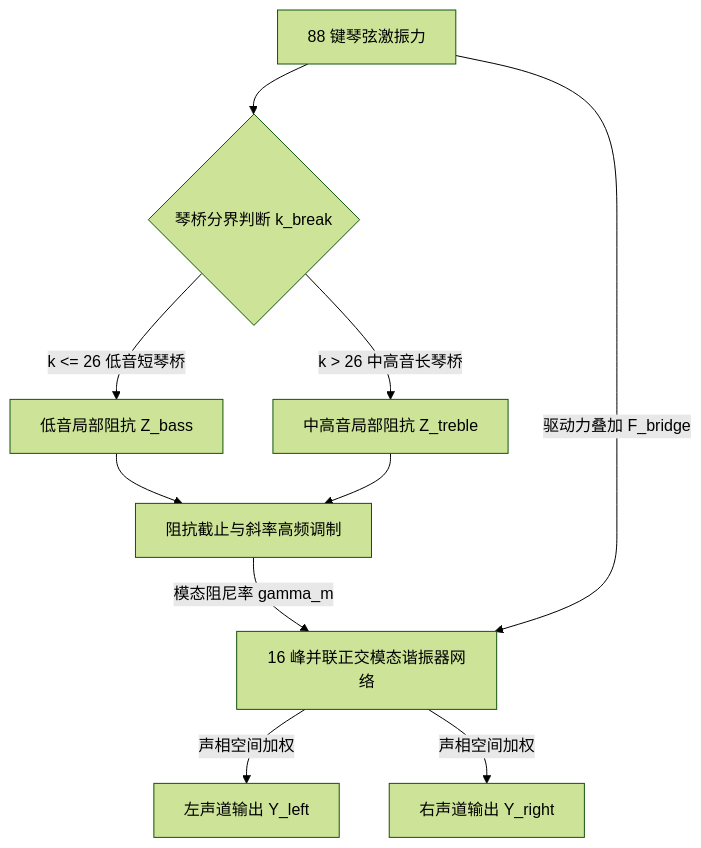
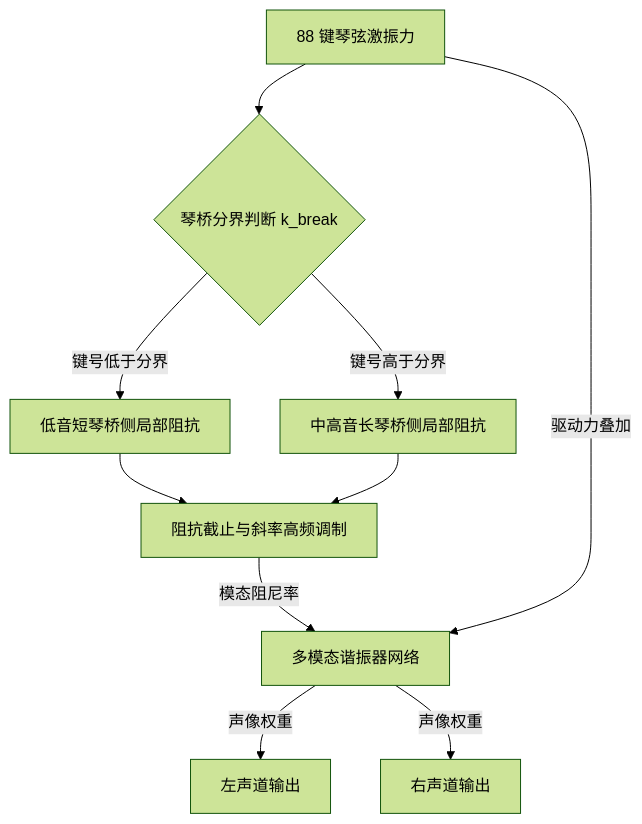
Before and after one commit to 0xnayuta/pianoteq9: the diagram in docs/phase2/phase2-3-soundboard-acoustic-spec.md, drawn with Mermaid (forest theme). The commit also changed other lines of this file and 28 other files, not shown here.

````diff
--- a/docs/phase2/phase2-3-soundboard-acoustic-spec.md
+++ b/docs/phase2/phase2-3-soundboard-acoustic-spec.md
@@ -19,15 +39,15 @@
 ```mermaid
 flowchart TD
     S[88 键琴弦激振力] --> B{琴桥分界判断 k_break}
-    B -->|k <= 26 低音短琴桥| Z1[低音局部阻抗 Z_bass]
-    B -->|k > 26 中高音长琴桥| Z2[中高音局部阻抗 Z_treble]
-    
+    B -->|键号低于分界| Z1[低音短琴桥侧局部阻抗]
+    B -->|键号高于分界| Z2[中高音长琴桥侧局部阻抗]
+
     Z1 --> F[阻抗截止与斜率高频调制]
     Z2 --> F
-    
-    F -->|模态阻尼率 gamma_m| M[16 峰并联正交模态谐振器网络]
-    S -->|驱动力叠加 F_bridge| M
-    
-    M -->|声相空间加权| L[左声道输出 Y_left]
-    M -->|声相空间加权| R[右声道输出 Y_right]
+
+    F -->|模态阻尼率| M[多模态谐振器网络]
+    S -->|驱动力叠加| M
+
+    M -->|声像权重| L[左声道输出]
+    M -->|声像权重| R[右声道输出]
 ```
````
